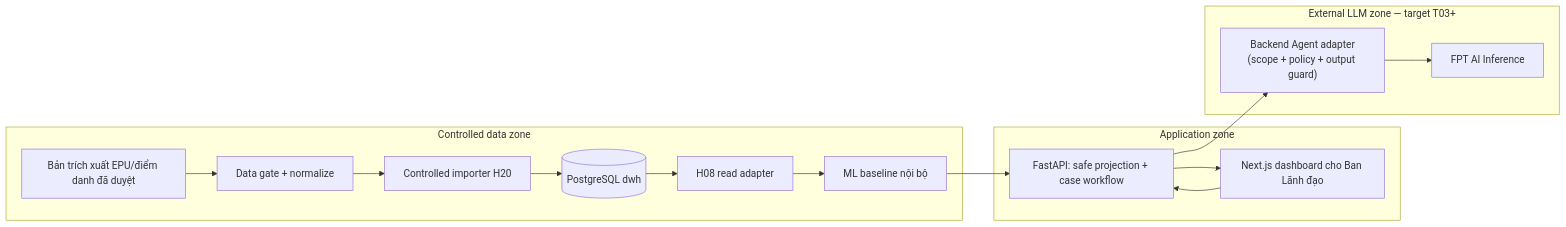
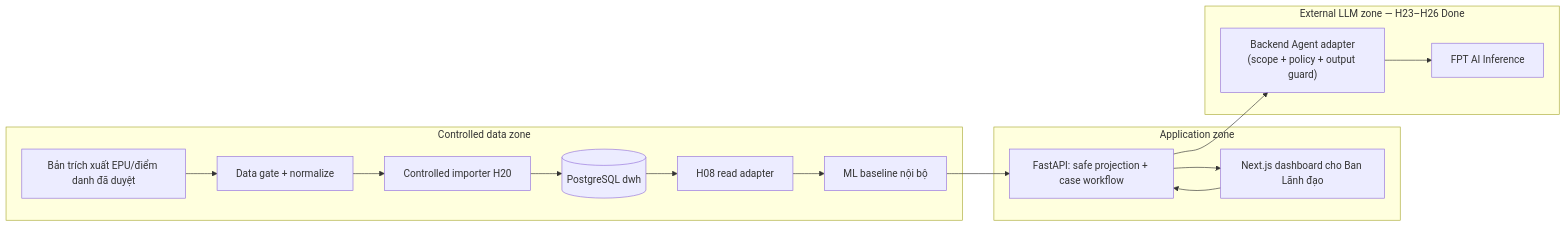
One commit to phanthutrang410/ABG_team changed the first of 4 diagrams in docs/04-engineering/05-system-architecture.md. Above: the diagram before and after it, drawn with Mermaid. The commit also changed other lines of this file and 37 other files, not shown here.

````diff
--- a/docs/04-engineering/05-system-architecture.md
+++ b/docs/04-engineering/05-system-architecture.md
@@ -38,21 +40,21 @@
 ```mermaid
 flowchart LR
   subgraph Z1[Controlled data zone]
     EPU["Bản trích xuất EPU/điểm danh đã duyệt"] --> Gate["Data gate + normalize"]
     Gate --> Import["Controlled importer H20"]
     Import --> DWH[("PostgreSQL dwh")]
     DWH --> Adapter["H08 read adapter"]
     Adapter --> ML["ML baseline nội bộ"]
   end
 
   subgraph Z2[Application zone]
     ML --> API["FastAPI: safe projection + case workflow"]
     API --> UI["Next.js dashboard cho Ban Lãnh đạo"]
     UI --> API
   end
 
-  subgraph Z3[External LLM zone — target T03+]
+  subgraph Z3[External LLM zone — H23–H26 Done]
     API --> Agent["Backend Agent adapter\n(scope + policy + output guard)"]
     Agent --> FPT["FPT AI Inference"]
   end
 ```
````
